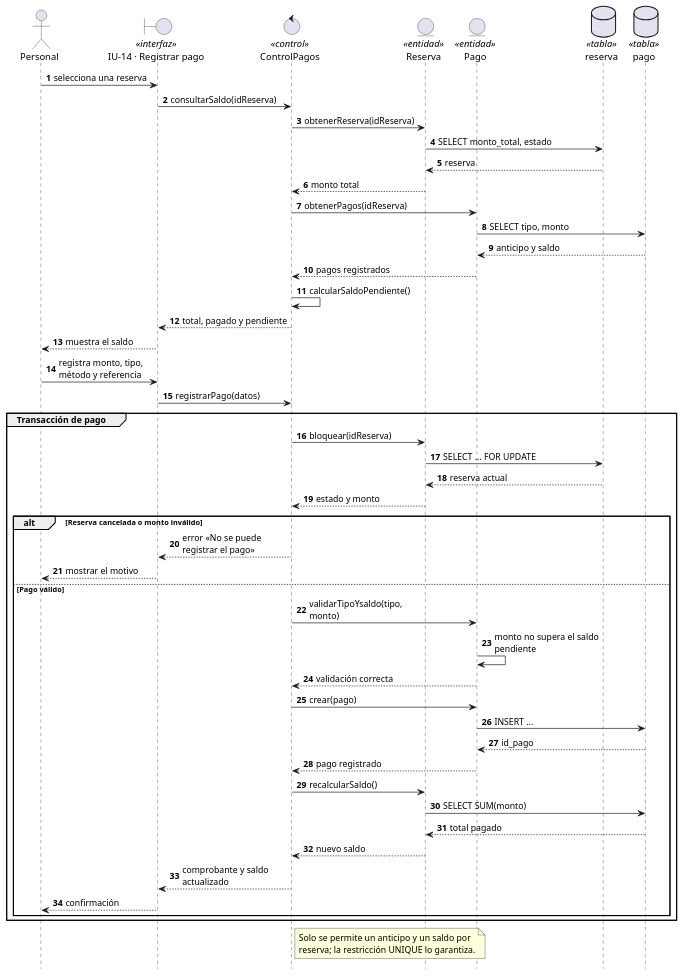
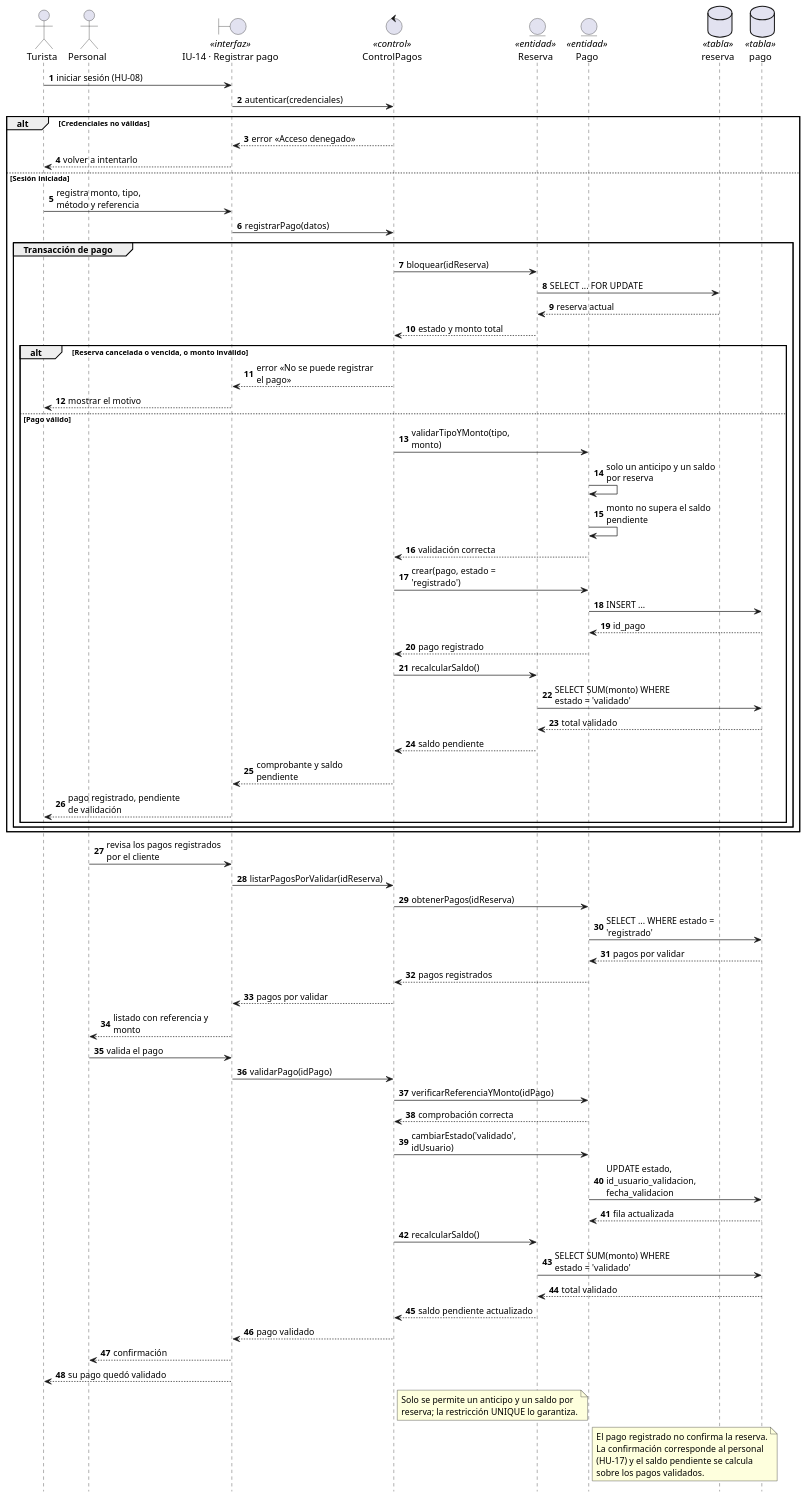
One commit to fervflow/sis-inf3-proyecto-formativo changed the diagram in diagramas/fuentes/uml/secuencia/hu-14-registrar-pago.puml. Above: the diagram before and after it, drawn with PlantUML. The commit also changed 32 other files, not shown here.

Commit message:
refactor: diagramas de secuencia, HU orientado a turistas agregado

```diff
--- a/diagramas/fuentes/uml/secuencia/hu-14-registrar-pago.puml
+++ b/diagramas/fuentes/uml/secuencia/hu-14-registrar-pago.puml
@@ -1,65 +1,93 @@
 @startuml
-' HU-14 · Registrar anticipos y saldos de una reserva
+' HU-14 · Registro y validación de anticipos y saldos de una reserva
+' El cliente puede registrar su pago en el acceso directo; el personal lo
+' valida. El pago no confirma la reserva por sí solo.
 hide footbox
 autonumber
-skinparam maxMessageSize 170
+skinparam maxMessageSize 175
 
+actor "Turista" as TUR
 actor "Personal" as PER
 boundary "IU-14 · Registrar pago" as UI <<interfaz>>
 control "ControlPagos" as CTRL <<control>>
 entity "Reserva" as E_RESERVA <<entidad>>
 entity "Pago" as E_PAGO <<entidad>>
 database "reserva" as T_RESERVA <<tabla>>
 database "pago" as T_PAGO <<tabla>>
 
-PER -> UI : selecciona una reserva
-UI -> CTRL : consultarSaldo(idReserva)
-CTRL -> E_RESERVA : obtenerReserva(idReserva)
-E_RESERVA -> T_RESERVA : SELECT monto_total, estado
-T_RESERVA --> E_RESERVA : reserva
-E_RESERVA --> CTRL : monto total
+TUR -> UI : iniciar sesión (HU-08)
+UI -> CTRL : autenticar(credenciales)
 
-CTRL -> E_PAGO : obtenerPagos(idReserva)
-E_PAGO -> T_PAGO : SELECT tipo, monto
-T_PAGO --> E_PAGO : anticipo y saldo
-E_PAGO --> CTRL : pagos registrados
-CTRL -> CTRL : calcularSaldoPendiente()
-CTRL --> UI : total, pagado y pendiente
-UI --> PER : muestra el saldo
+alt Credenciales no válidas
+    CTRL --> UI : error «Acceso denegado»
+    UI --> TUR : volver a intentarlo
+else Sesión iniciada
+    TUR -> UI : registra monto, tipo, método y referencia
+    UI -> CTRL : registrarPago(datos)
 
-PER -> UI : registra monto, tipo, método y referencia
-UI -> CTRL : registrarPago(datos)
+    group Transacción de pago
+        CTRL -> E_RESERVA : bloquear(idReserva)
+        E_RESERVA -> T_RESERVA : SELECT ... FOR UPDATE
+        T_RESERVA --> E_RESERVA : reserva actual
+        E_RESERVA --> CTRL : estado y monto total
 
-group Transacción de pago
-    CTRL -> E_RESERVA : bloquear(idReserva)
-    E_RESERVA -> T_RESERVA : SELECT ... FOR UPDATE
-    T_RESERVA --> E_RESERVA : reserva actual
-    E_RESERVA --> CTRL : estado y monto
+        alt Reserva cancelada o vencida, o monto inválido
+            CTRL --> UI : error «No se puede registrar el pago»
+            UI --> TUR : mostrar el motivo
+        else Pago válido
+            CTRL -> E_PAGO : validarTipoYMonto(tipo, monto)
+            E_PAGO -> E_PAGO : solo un anticipo y un saldo por reserva
+            E_PAGO -> E_PAGO : monto no supera el saldo pendiente
+            E_PAGO --> CTRL : validación correcta
+            CTRL -> E_PAGO : crear(pago, estado = 'registrado')
+            E_PAGO -> T_PAGO : INSERT ...
+            T_PAGO --> E_PAGO : id_pago
+            E_PAGO --> CTRL : pago registrado
 
-    alt Reserva cancelada o monto inválido
-        CTRL --> UI : error «No se puede registrar el pago»
-        UI --> PER : mostrar el motivo
-    else Pago válido
-        CTRL -> E_PAGO : validarTipoYsaldo(tipo, monto)
-        E_PAGO -> E_PAGO : monto no supera el saldo pendiente
-        E_PAGO --> CTRL : validación correcta
-        CTRL -> E_PAGO : crear(pago)
-        E_PAGO -> T_PAGO : INSERT ...
-        T_PAGO --> E_PAGO : id_pago
-        E_PAGO --> CTRL : pago registrado
+            CTRL -> E_RESERVA : recalcularSaldo()
+            E_RESERVA -> T_PAGO : SELECT SUM(monto) WHERE estado = 'validado'
+            T_PAGO --> E_RESERVA : total validado
+            E_RESERVA --> CTRL : saldo pendiente
 
-        CTRL -> E_RESERVA : recalcularSaldo()
-        E_RESERVA -> T_PAGO : SELECT SUM(monto)
-        T_PAGO --> E_RESERVA : total pagado
-        E_RESERVA --> CTRL : nuevo saldo
-
-        CTRL --> UI : comprobante y saldo actualizado
-        UI --> PER : confirmación
+            CTRL --> UI : comprobante y saldo pendiente
+            UI --> TUR : pago registrado, pendiente de validación
+        end
     end
 end
+
+PER -> UI : revisa los pagos registrados por el cliente
+UI -> CTRL : listarPagosPorValidar(idReserva)
+CTRL -> E_PAGO : obtenerPagos(idReserva)
+E_PAGO -> T_PAGO : SELECT ... WHERE estado = 'registrado'
+T_PAGO --> E_PAGO : pagos por validar
+E_PAGO --> CTRL : pagos registrados
+CTRL --> UI : pagos por validar
+UI --> PER : listado con referencia y monto
+
+PER -> UI : valida el pago
+UI -> CTRL : validarPago(idPago)
+CTRL -> E_PAGO : verificarReferenciaYMonto(idPago)
+E_PAGO --> CTRL : comprobación correcta
+CTRL -> E_PAGO : cambiarEstado('validado', idUsuario)
+E_PAGO -> T_PAGO : UPDATE estado, id_usuario_validacion, fecha_validacion
+T_PAGO --> E_PAGO : fila actualizada
+CTRL -> E_RESERVA : recalcularSaldo()
+E_RESERVA -> T_PAGO : SELECT SUM(monto) WHERE estado = 'validado'
+T_PAGO --> E_RESERVA : total validado
+E_RESERVA --> CTRL : saldo pendiente actualizado
+CTRL --> UI : pago validado
+UI --> PER : confirmación
+UI --> TUR : su pago quedó validado
 
 note right of CTRL
     Solo se permite un anticipo y un saldo por
     reserva; la restricción UNIQUE lo garantiza.
 end note
+
+note right of E_PAGO
+    El pago registrado no confirma la reserva.
+    La confirmación corresponde al personal
+    (HU-17) y el saldo pendiente se calcula
+    sobre los pagos validados.
+end note
 @enduml
```
